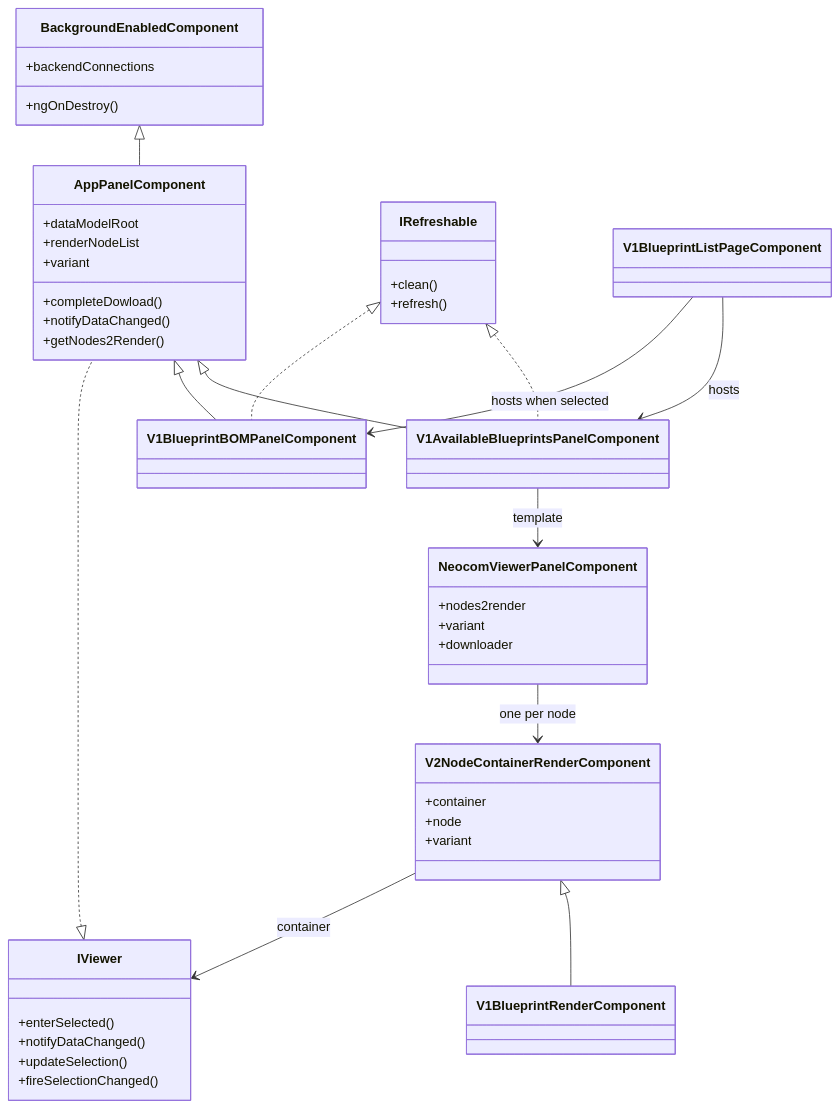
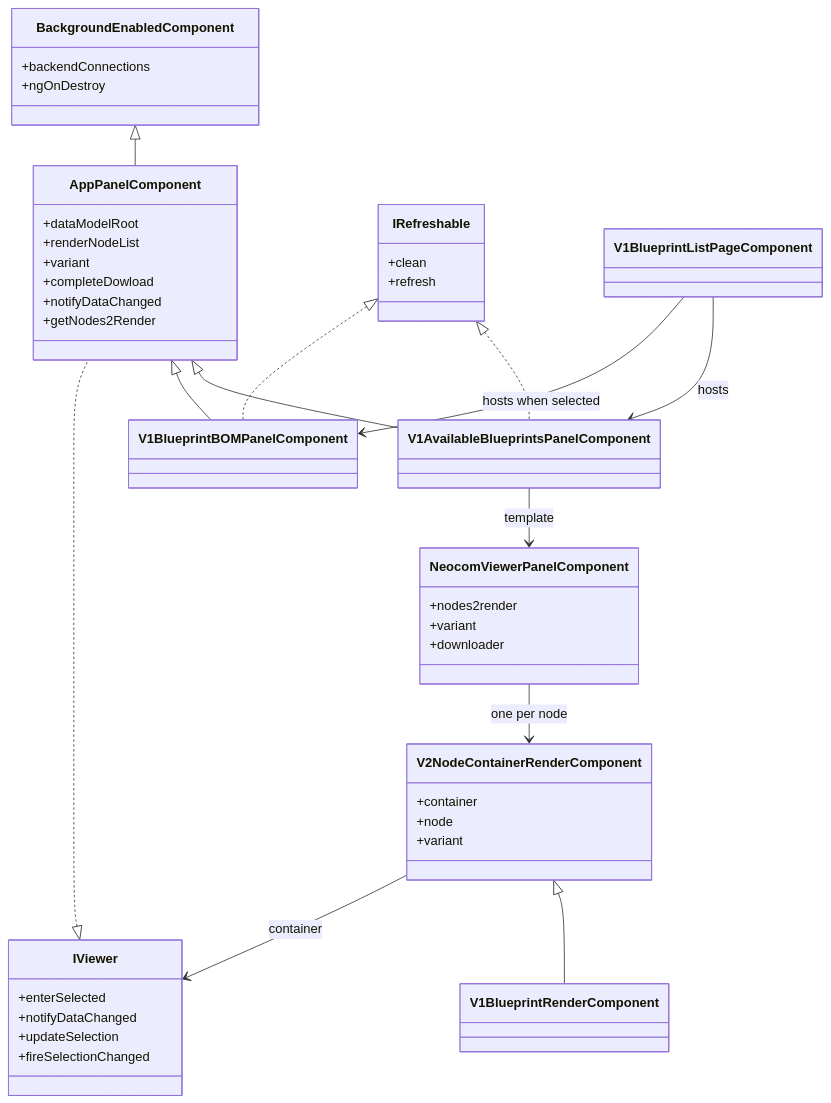
The third of 11 diagrams in sources/L1/02.EPIC-ANGULAR-CODIFICATION.md (AdamAntinoo/neocom-meta), drawn with Mermaid before and after one commit. The commit also changed other lines of this file and 261 other files, not shown here.

````diff
--- a/sources/L1/02.EPIC-ANGULAR-CODIFICATION.md
+++ b/sources/L1/02.EPIC-ANGULAR-CODIFICATION.md
@@ -189,53 +187,53 @@
 ```mermaid
 classDiagram
   direction TB
   class BackgroundEnabledComponent {
     +backendConnections
-    +ngOnDestroy()
+    +ngOnDestroy
   }
   class AppPanelComponent {
     +dataModelRoot
     +renderNodeList
     +variant
-    +completeDowload()
-    +notifyDataChanged()
-    +getNodes2Render()
+    +completeDowload
+    +notifyDataChanged
+    +getNodes2Render
   }
   class IViewer {
-    +enterSelected()
-    +notifyDataChanged()
-    +updateSelection()
-    +fireSelectionChanged()
+    +enterSelected
+    +notifyDataChanged
+    +updateSelection
+    +fireSelectionChanged
   }
   class IRefreshable {
-    +clean()
-    +refresh()
+    +clean
+    +refresh
   }
   class V1AvailableBlueprintsPanelComponent
   class V1BlueprintBOMPanelComponent
   class V1BlueprintListPageComponent
   class NeocomViewerPanelComponent {
     +nodes2render
     +variant
     +downloader
   }
   class V2NodeContainerRenderComponent {
     +container
     +node
     +variant
   }
   class V1BlueprintRenderComponent
 
   BackgroundEnabledComponent <|-- AppPanelComponent
   IViewer <|.. AppPanelComponent
   AppPanelComponent <|-- V1AvailableBlueprintsPanelComponent
   AppPanelComponent <|-- V1BlueprintBOMPanelComponent
   IRefreshable <|.. V1AvailableBlueprintsPanelComponent
   IRefreshable <|.. V1BlueprintBOMPanelComponent
   V1BlueprintListPageComponent --> V1AvailableBlueprintsPanelComponent : hosts
   V1BlueprintListPageComponent --> V1BlueprintBOMPanelComponent : hosts when selected
   V1AvailableBlueprintsPanelComponent --> NeocomViewerPanelComponent : template
   NeocomViewerPanelComponent --> V2NodeContainerRenderComponent : one per node
   V2NodeContainerRenderComponent <|-- V1BlueprintRenderComponent
   V2NodeContainerRenderComponent --> IViewer : container
 ```
````
